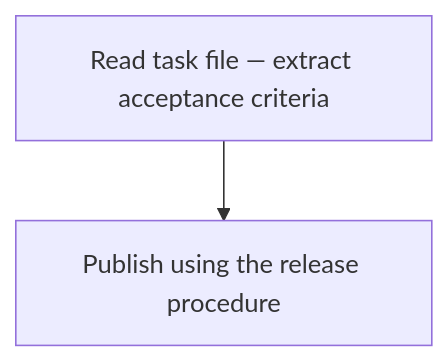
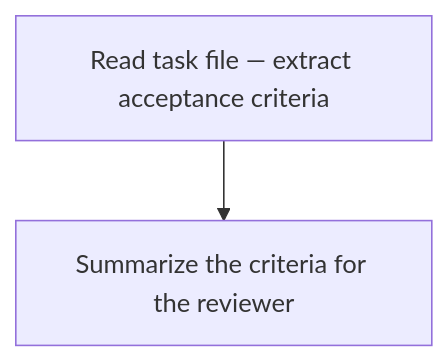
One commit to Jamie-BitFlight/claude_skills changed the first of 7 diagrams in plugins/process-siren/agents/process-siren.md. Above: the diagram before and after it, drawn with Mermaid. The commit also changed other lines of this file and 6 other files, not shown here.

First line of the commit message:
fix(process-siren): inherit diagram authority from its source and close review gaps

````diff
--- a/plugins/process-siren/agents/process-siren.md
+++ b/plugins/process-siren/agents/process-siren.md
@@ -82,5 +82,5 @@
 ```mermaid
 flowchart TD
     ReadTask["Read task file — extract acceptance criteria"]
-    ReadTask --> Publish["Publish using the release procedure"]
+    ReadTask --> Summarize["Summarize the criteria for the reviewer"]
 ```
````
